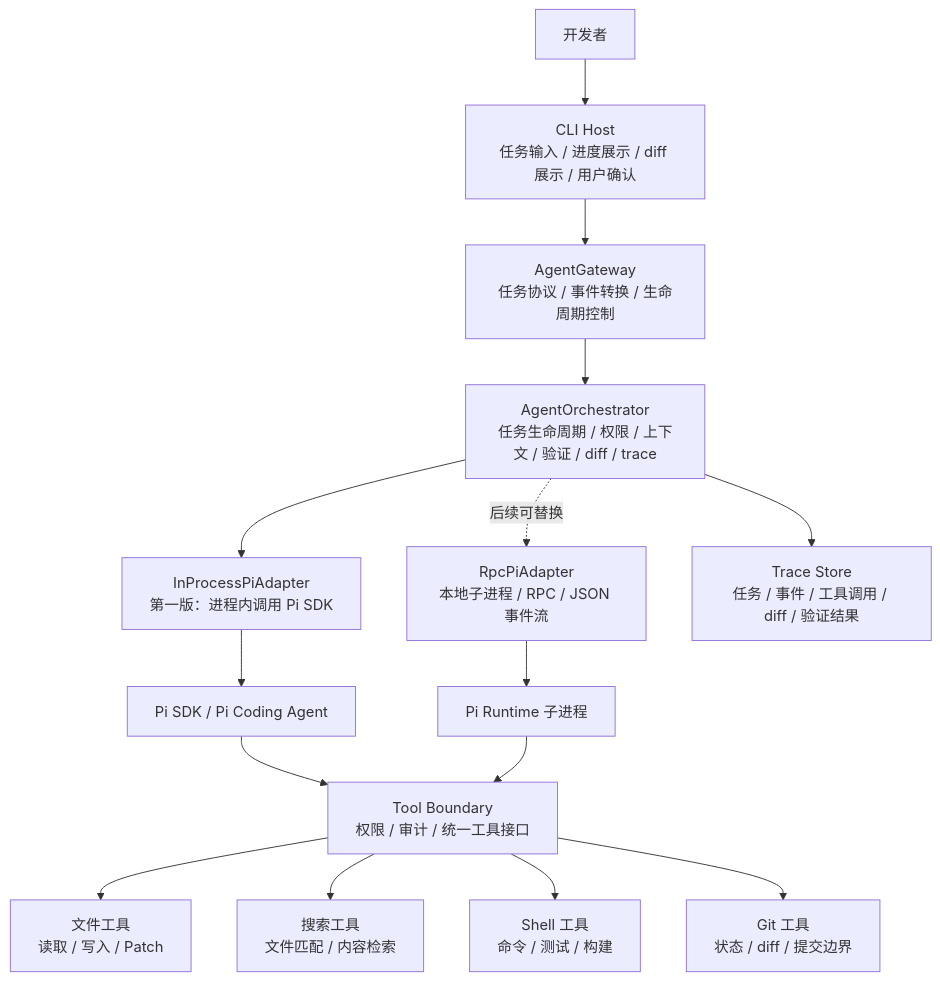
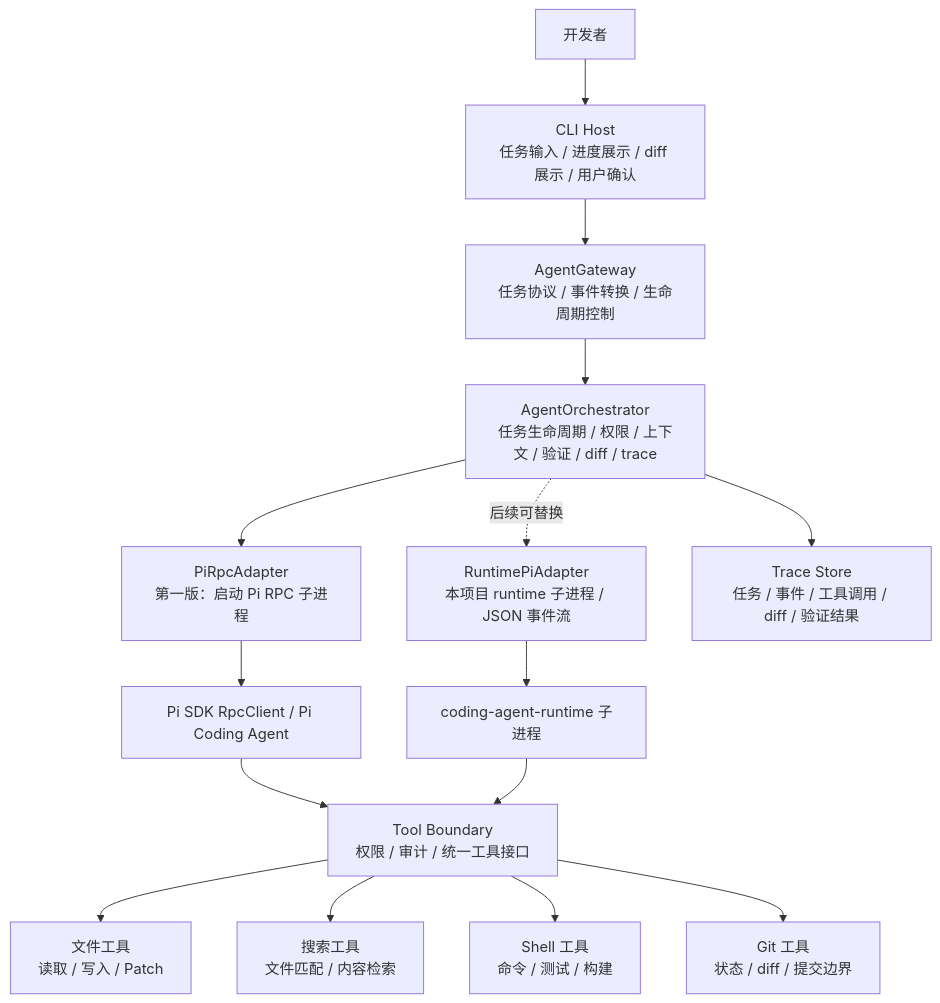
One commit to CrazyMrYan/potato-agent changed the first of 2 diagrams in wiki/technical-design.md. Above: the diagram before and after it, drawn with Mermaid. The commit also changed other lines of this file and 2 other files, not shown here.

````diff
--- a/wiki/technical-design.md
+++ b/wiki/technical-design.md
@@ -45,21 +45,21 @@
 ```mermaid
 flowchart TB
     User["开发者"] --> CLI["CLI Host<br/>任务输入 / 进度展示 / diff 展示 / 用户确认"]
     CLI --> Gateway["AgentGateway<br/>任务协议 / 事件转换 / 生命周期控制"]
     Gateway --> Orchestrator["AgentOrchestrator<br/>任务生命周期 / 权限 / 上下文 / 验证 / diff / trace"]
-    Orchestrator --> InProc["InProcessPiAdapter<br/>第一版：进程内调用 Pi SDK"]
-    Orchestrator -. "后续可替换" .-> RPC["RpcPiAdapter<br/>本地子进程 / RPC / JSON 事件流"]
+    Orchestrator --> RPC["PiRpcAdapter<br/>第一版：启动 Pi RPC 子进程"]
+    Orchestrator -. "后续可替换" .-> Runtime["RuntimePiAdapter<br/>本项目 runtime 子进程 / JSON 事件流"]
 
-    InProc --> PiSDK["Pi SDK / Pi Coding Agent"]
-    RPC --> PiProc["Pi Runtime 子进程"]
+    RPC --> PiSDK["Pi SDK RpcClient / Pi Coding Agent"]
+    Runtime --> PiProc["coding-agent-runtime 子进程"]
 
     PiSDK --> ToolBoundary["Tool Boundary<br/>权限 / 审计 / 统一工具接口"]
     PiProc --> ToolBoundary
 
     ToolBoundary --> FileTools["文件工具<br/>读取 / 写入 / Patch"]
     ToolBoundary --> SearchTools["搜索工具<br/>文件匹配 / 内容检索"]
     ToolBoundary --> ShellTools["Shell 工具<br/>命令 / 测试 / 构建"]
     ToolBoundary --> GitTools["Git 工具<br/>状态 / diff / 提交边界"]
 
     Orchestrator --> TraceStore["Trace Store<br/>任务 / 事件 / 工具调用 / diff / 验证结果"]
 ```
````
